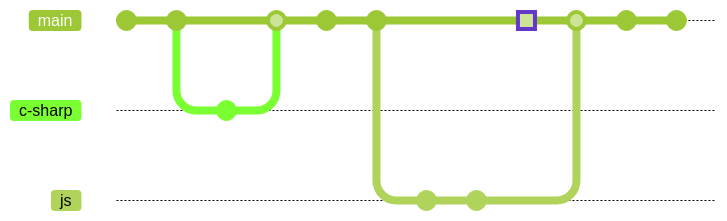
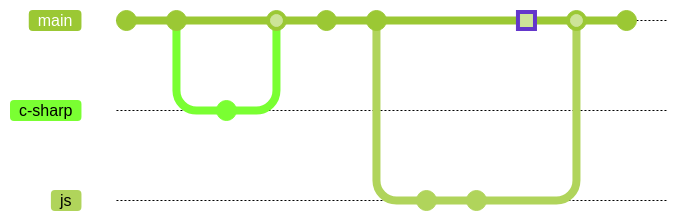
One commit to steepl/steepl changed the diagram in README.md. Above: the diagram before and after it, drawn with Mermaid (forest theme). Commit ids are hidden.

Commit message:
Removed one of the commits in the Git graph to make it smaller

````diff
--- a/README.md
+++ b/README.md
@@ -3,19 +3,18 @@
 ```mermaid
   gitGraph:
     commit
     commit
     branch c-sharp
     commit id: "Blaeu.NET"
     checkout main
     merge c-sharp
     commit
     commit
     branch js
     commit id: "digigem"
     commit id: "MagicDashboard"
     checkout main
     commit type: HIGHLIGHT
     merge js
     commit
-    commit
 ```
````
